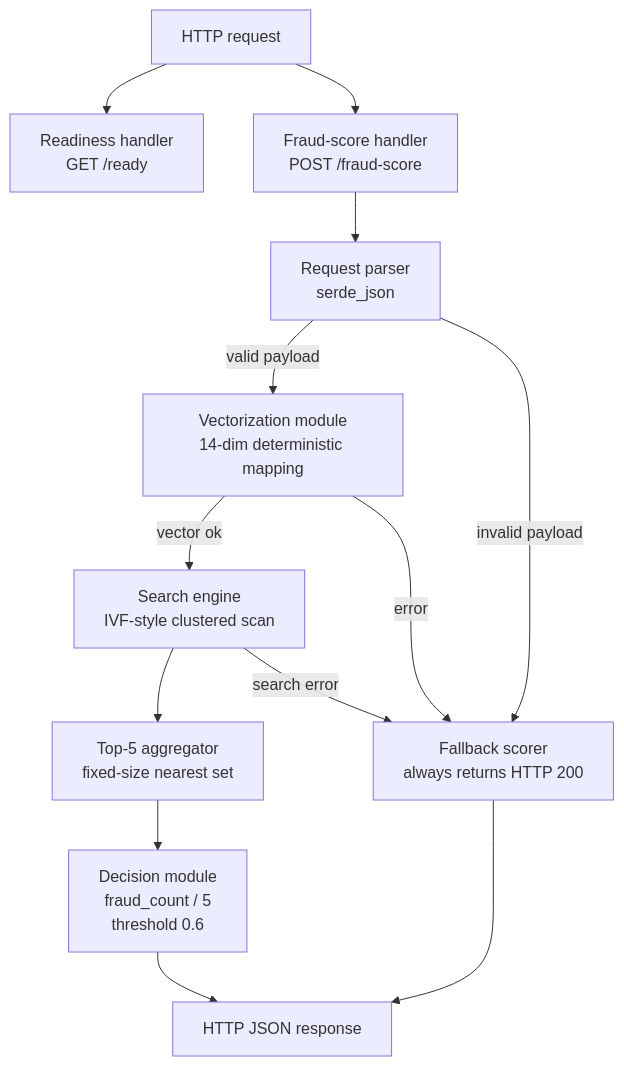
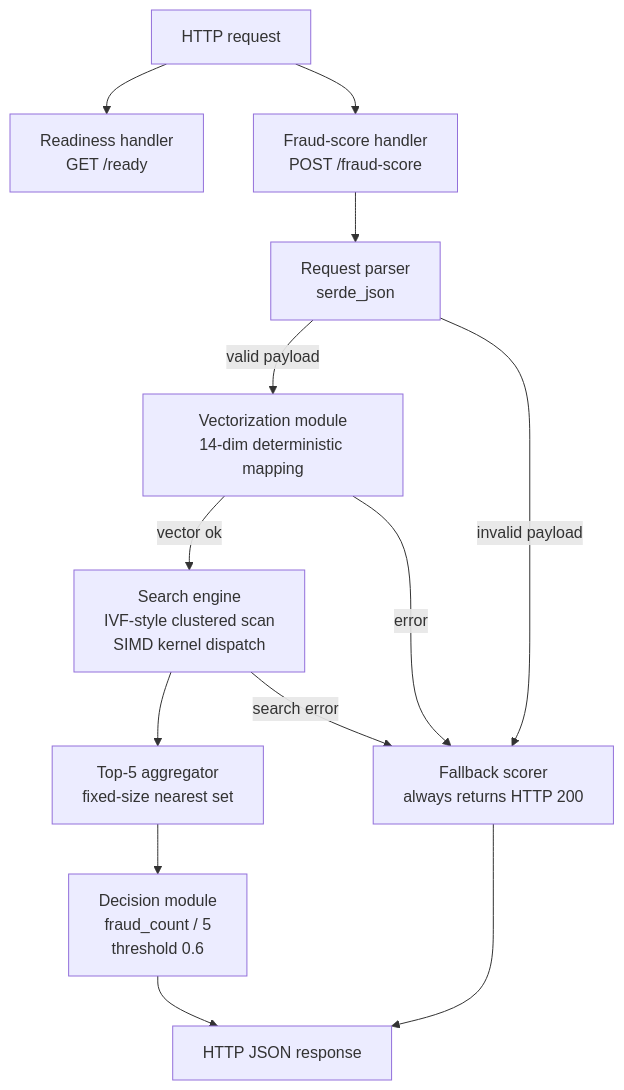
Before and after one commit to rwebler/rinha-de-backend-2026: the third of 5 diagrams in docs/en/IMPLEMENTATION_C4.md, drawn with Mermaid. The commit also changed other lines of this file and 4 other files, not shown here.

````diff
--- a/docs/en/IMPLEMENTATION_C4.md
+++ b/docs/en/IMPLEMENTATION_C4.md
@@ -63,26 +63,26 @@
 ```mermaid
 flowchart TD
     req[HTTP request]
     ready[Readiness handler<br/>GET /ready]
     score[Fraud-score handler<br/>POST /fraud-score]
     parse[Request parser<br/>serde_json]
     vectorize[Vectorization module<br/>14-dim deterministic mapping]
-    engine[Search engine<br/>IVF-style clustered scan]
+    engine[Search engine<br/>IVF-style clustered scan<br/>SIMD kernel dispatch]
     topk[Top-5 aggregator<br/>fixed-size nearest set]
     decision[Decision module<br/>fraud_count / 5<br/>threshold 0.6]
     fallback[Fallback scorer<br/>always returns HTTP 200]
     resp[HTTP JSON response]
 
     req --> ready
     req --> score
     score --> parse
     parse -->|valid payload| vectorize
     parse -->|invalid payload| fallback
     vectorize -->|vector ok| engine
     vectorize -->|error| fallback
     engine --> topk
     engine -->|search error| fallback
     topk --> decision
     decision --> resp
     fallback --> resp
 ```
````
